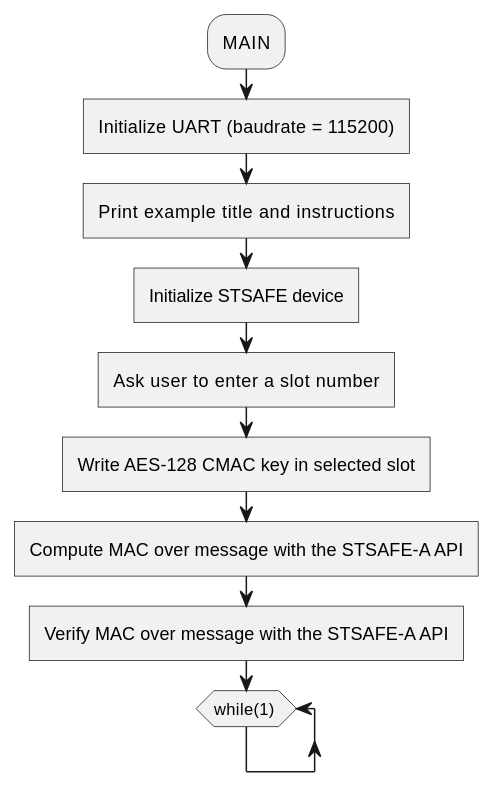
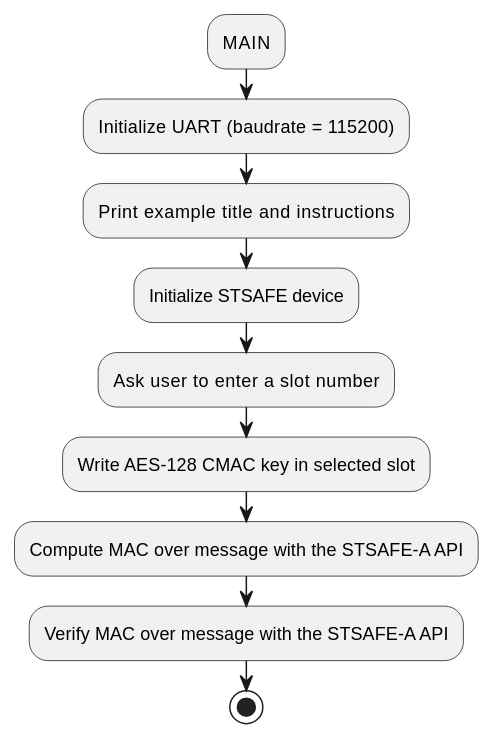
The diagram in Documentation/resources/Markdown/03_Project_examples_description/Symmetric_key_management_AES-128_CMAC/STSAFE-A120_Symmetric_key_management_AES-128_CMAC.md (Grom-perso/STSAFE-A120_examples_dev), drawn with PlantUML before and after one commit. The commit also changed 23 other files, not shown here.

```diff
--- a/Documentation/resources/Markdown/03_Project_examples_description/Symmetric_key_management_AES-128_CMAC/STSAFE-A120_Symmetric_key_management_AES-128_CMAC.md
+++ b/Documentation/resources/Markdown/03_Project_examples_description/Symmetric_key_management_AES-128_CMAC/STSAFE-A120_Symmetric_key_management_AES-128_CMAC.md
@@ -8,15 +8,12 @@
 @startuml "STSAFE-A120_Symmetric_key_management_AES-128_CMAC Example flowchart" width=5cm
 	:MAIN;
-	:Initialize UART (baudrate = 115200)]
-	:Print example title and instructions]
-	:Initialize STSAFE device]
-    :Ask user to enter a slot number]
-	:Write AES-128 CMAC key in selected slot]
-	:Compute MAC over message with the STSAFE-A API]
-	:Verify MAC over message with the STSAFE-A API]
+	:Initialize UART (baudrate = 115200);
+	:Print example title and instructions;
+	:Initialize STSAFE device;
+    :Ask user to enter a slot number;
+	:Write AES-128 CMAC key in selected slot;
+	:Compute MAC over message with the STSAFE-A API;
+	:Verify MAC over message with the STSAFE-A API;
 
-	while (while(1) )
-	end while
-	-[hidden]->
-    detach
+	stop
 @enduml
```
